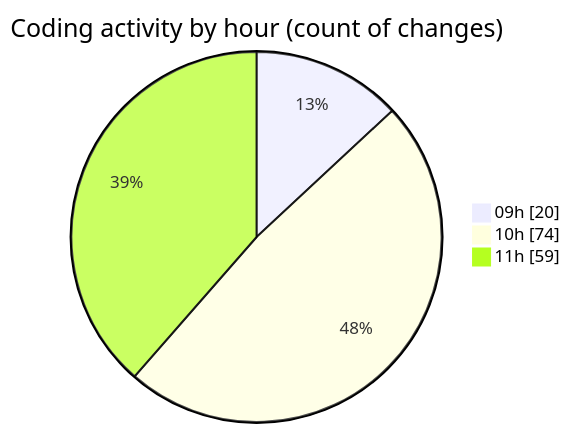
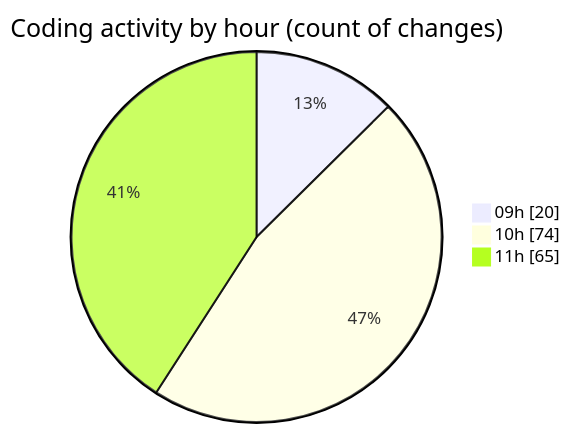
Before and after one commit to CELIANVF/code-tracking: the second of 2 diagrams in 2025-06-06/ecodeli-1/README.md, drawn with Mermaid. The commit also changed other lines of this file and 1 other file, not shown here.

````diff
--- a/2025-06-06/ecodeli-1/README.md
+++ b/2025-06-06/ecodeli-1/README.md
@@ -78,7 +78,7 @@
 ```mermaid
 pie showData
 title Coding activity by hour (count of changes)
 "09h" : 20
 "10h" : 74
-"11h" : 59
+"11h" : 65
 ```
````
